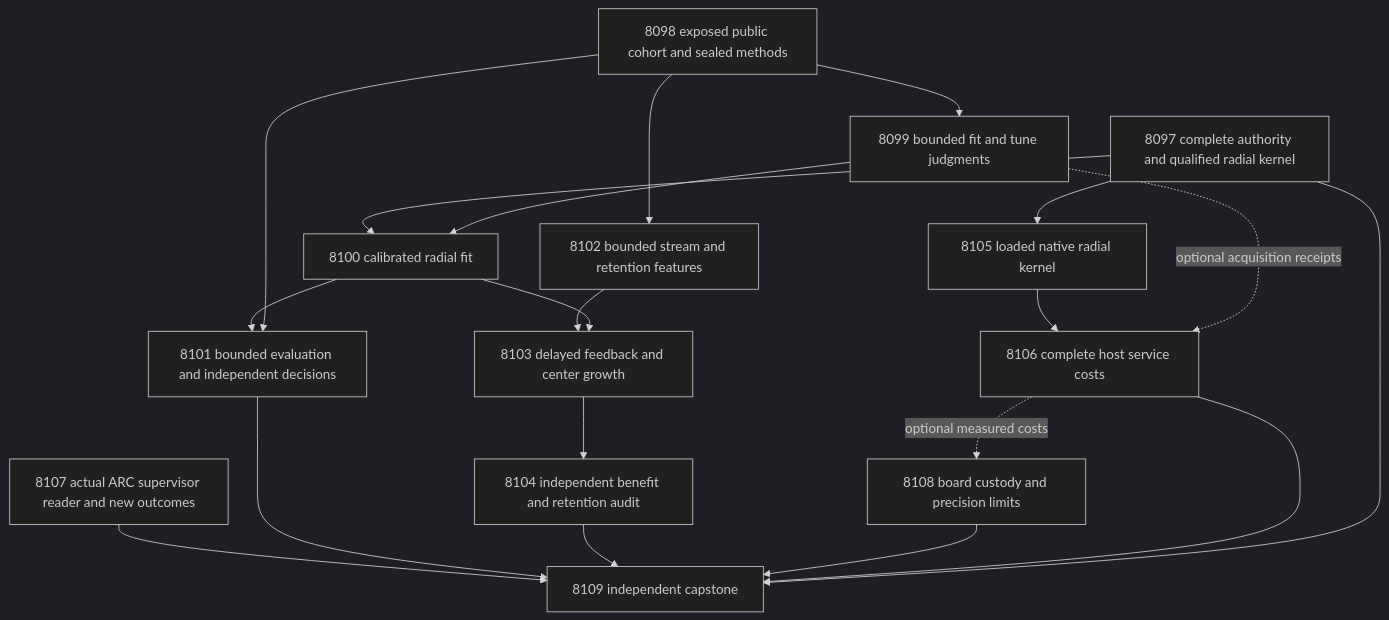
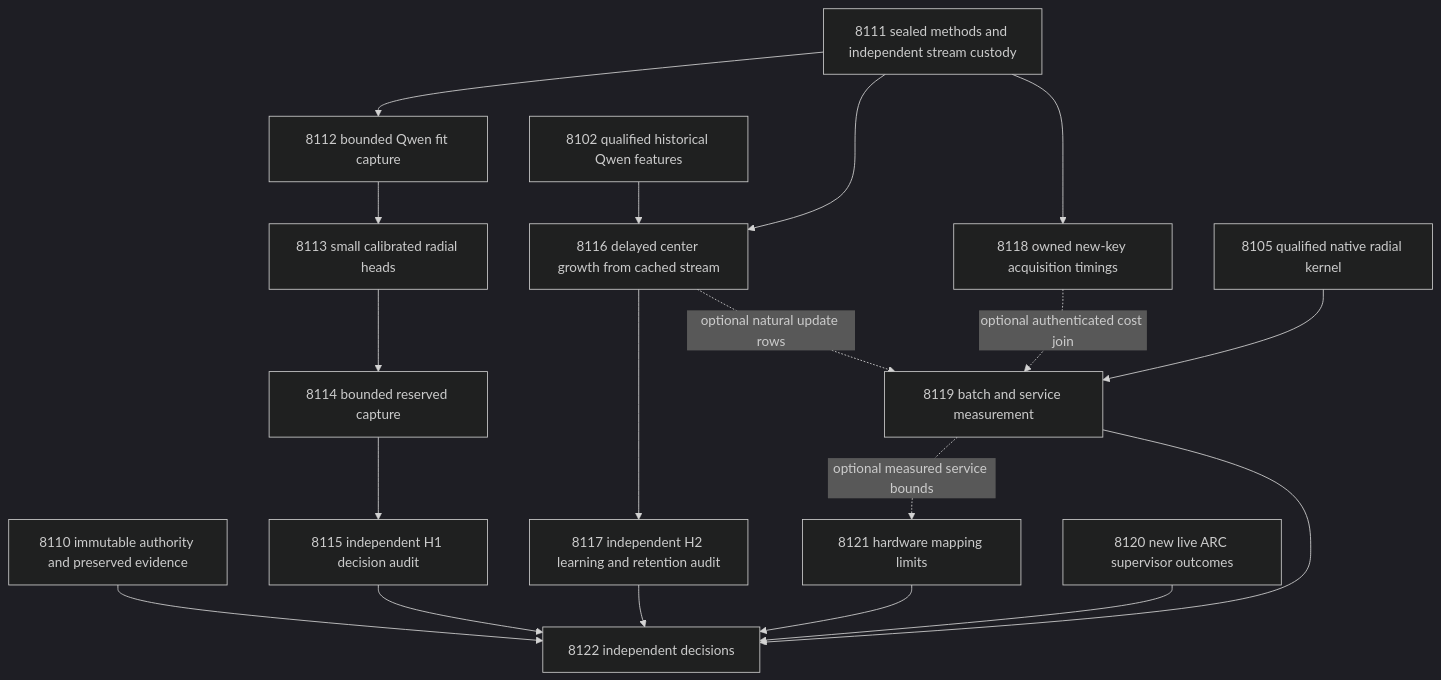
One commit to Carnot-EBM/carnot-ebm changed the diagram in openspec/change-proposals/research-roadmap-vNEXT.md. Above: the diagram before and after it, drawn with Mermaid (dark theme). The commit also changed other lines of this file and 12 other files, not shown here.

````diff
--- a/openspec/change-proposals/research-roadmap-vNEXT.md
+++ b/openspec/change-proposals/research-roadmap-vNEXT.md
@@ -75,22 +79,21 @@
 ```mermaid
 flowchart TD
-  A[8097 complete authority and qualified radial kernel] --> F[8100 calibrated radial fit]
-  M[8098 exposed public cohort and sealed methods] --> Q[8099 bounded fit and tune judgments]
-  Q --> F
-  F --> E[8101 bounded evaluation and independent decisions]
-  M --> E
-  M --> S[8102 bounded stream and retention features]
-  S --> L[8103 delayed feedback and center growth]
-  F --> L
-  L --> R[8104 independent benefit and retention audit]
-  A --> N[8105 loaded native radial kernel]
-  N --> C[8106 complete host service costs]
-  Q -. optional acquisition receipts .-> C
-  C -. optional measured costs .-> H[8108 board custody and precision limits]
-  B[8107 actual ARC supervisor reader and new outcomes] --> Z[8109 independent capstone]
-  E --> Z
+  P[8110 immutable authority and preserved evidence] --> Z[8122 independent decisions]
+  M[8111 sealed methods and independent stream custody] --> Q[8112 bounded Qwen fit capture]
+  Q --> F[8113 small calibrated radial heads]
+  F --> E[8114 bounded reserved capture]
+  E --> A[8115 independent H1 decision audit]
+  M --> L[8116 delayed center growth from cached stream]
+  H[8102 qualified historical Qwen features] --> L
+  L --> R[8117 independent H2 learning and retention audit]
+  M --> C[8118 owned new-key acquisition timings]
+  N[8105 qualified native radial kernel] --> B[8119 batch and service measurement]
+  C -. optional authenticated cost join .-> B
+  L -. optional natural update rows .-> B
+  B -. optional measured service bounds .-> W[8121 hardware mapping limits]
+  S[8120 new live ARC supervisor outcomes] --> Z
+  A --> Z
   R --> Z
-  H --> Z
-  C --> Z
-  A --> Z
+  W --> Z
+  B --> Z
 ```
````
